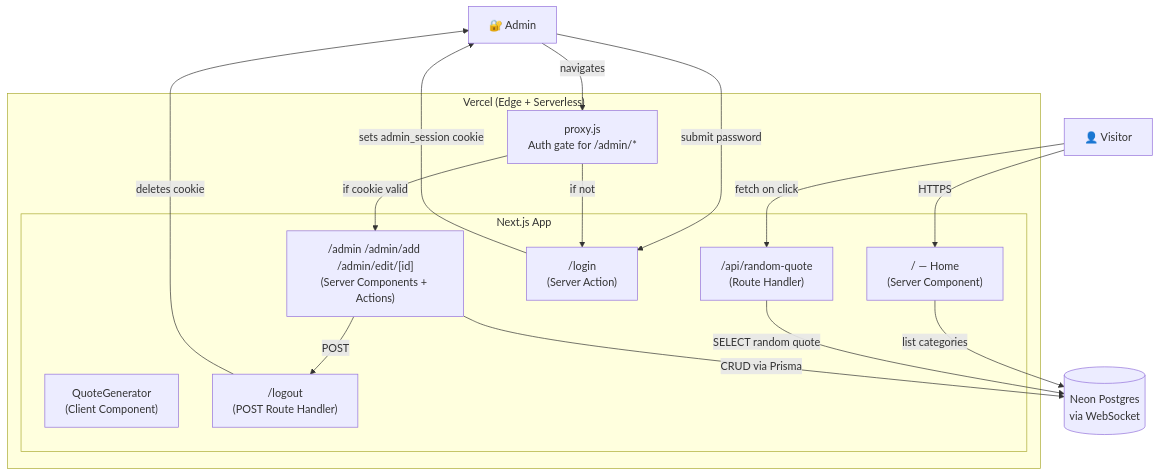
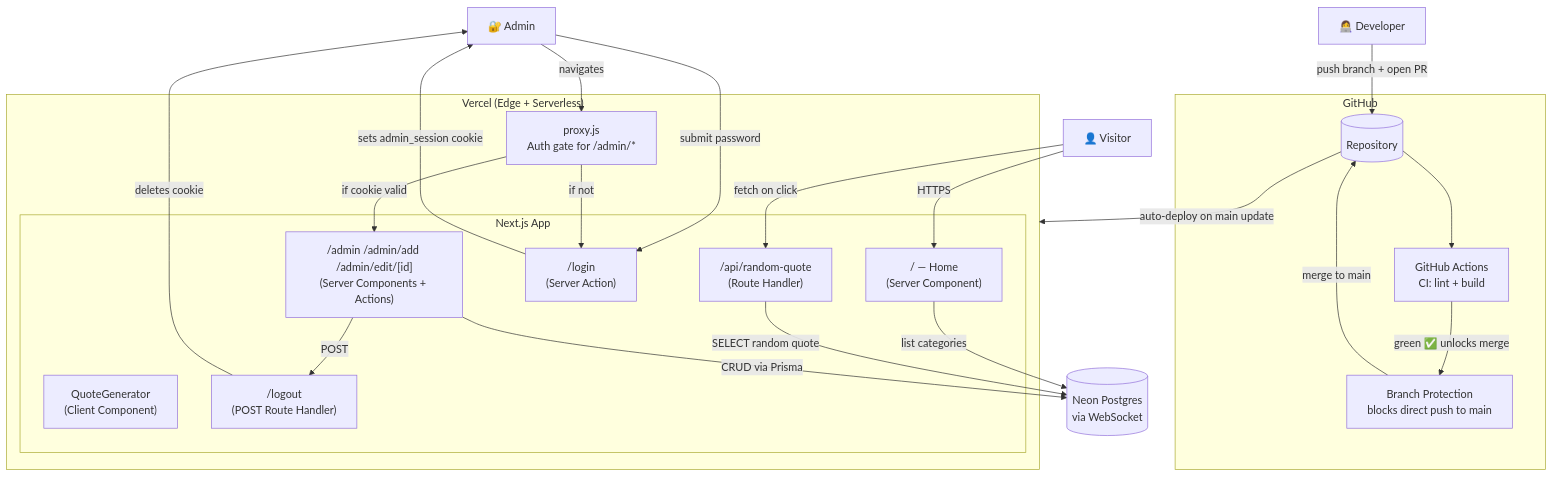
The first of 4 diagrams in ARCHITECTURE.md (sneharosesanthosh/daily-dose), drawn with Mermaid before and after one commit. The commit also changed other lines of this file and 1 other file, not shown here.

Commit message:
Document CI/CD workflow in README and architecture

````diff
--- a/ARCHITECTURE.md
+++ b/ARCHITECTURE.md
@@ -7,34 +7,47 @@
 ```mermaid
 graph TB
+    Dev[👩‍💻 Developer]
     Visitor[👤 Visitor]
     Admin[🔐 Admin]
+
+    subgraph GitHub["GitHub"]
+        Repo[(Repository)]
+        Actions["GitHub Actions<br/>CI: lint + build"]
+        Protection["Branch Protection<br/>blocks direct push to main"]
+    end
 
     subgraph Vercel["Vercel (Edge + Serverless)"]
         Proxy["proxy.js<br/>Auth gate for /admin/*"]
 
         subgraph App["Next.js App"]
             Home["/ — Home<br/>(Server Component)"]
             Generator["QuoteGenerator<br/>(Client Component)"]
             API["/api/random-quote<br/>(Route Handler)"]
             Login["/login<br/>(Server Action)"]
             Logout["/logout<br/>(POST Route Handler)"]
             AdminUI["/admin /admin/add /admin/edit/[id]<br/>(Server Components + Actions)"]
         end
     end
 
     Neon[("Neon Postgres<br/>via WebSocket")]
 
+    Dev -->|"push branch + open PR"| Repo
+    Repo --> Actions
+    Actions -->|"green ✅ unlocks merge"| Protection
+    Protection -->|"merge to main"| Repo
+    Repo -->|"auto-deploy on main update"| Vercel
+
     Visitor -->|"HTTPS"| Home
     Visitor -->|"fetch on click"| API
     Home -->|"list categories"| Neon
     API -->|"SELECT random quote"| Neon
 
     Admin -->|"submit password"| Login
     Login -->|"sets admin_session cookie"| Admin
     Admin -->|"navigates"| Proxy
     Proxy -->|"if cookie valid"| AdminUI
     Proxy -->|"if not"| Login
     AdminUI -->|"CRUD via Prisma"| Neon
     AdminUI -->|"POST"| Logout
     Logout -->|"deletes cookie"| Admin
 ```
````
